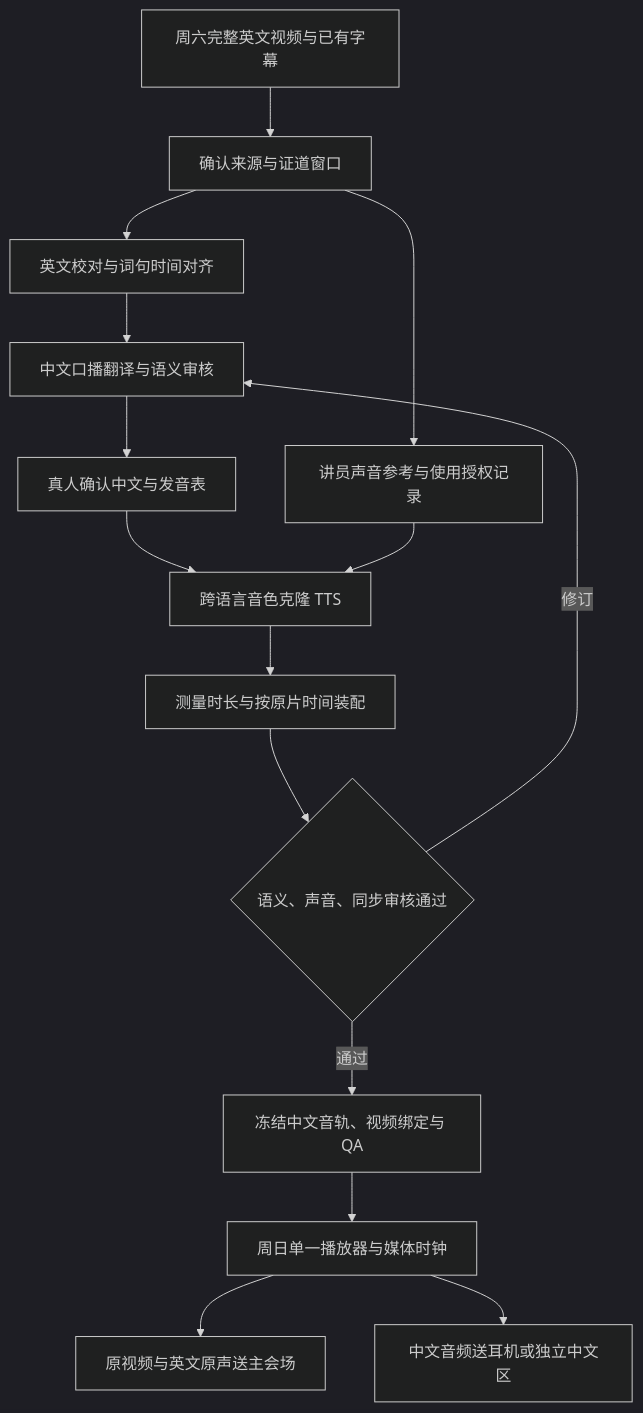
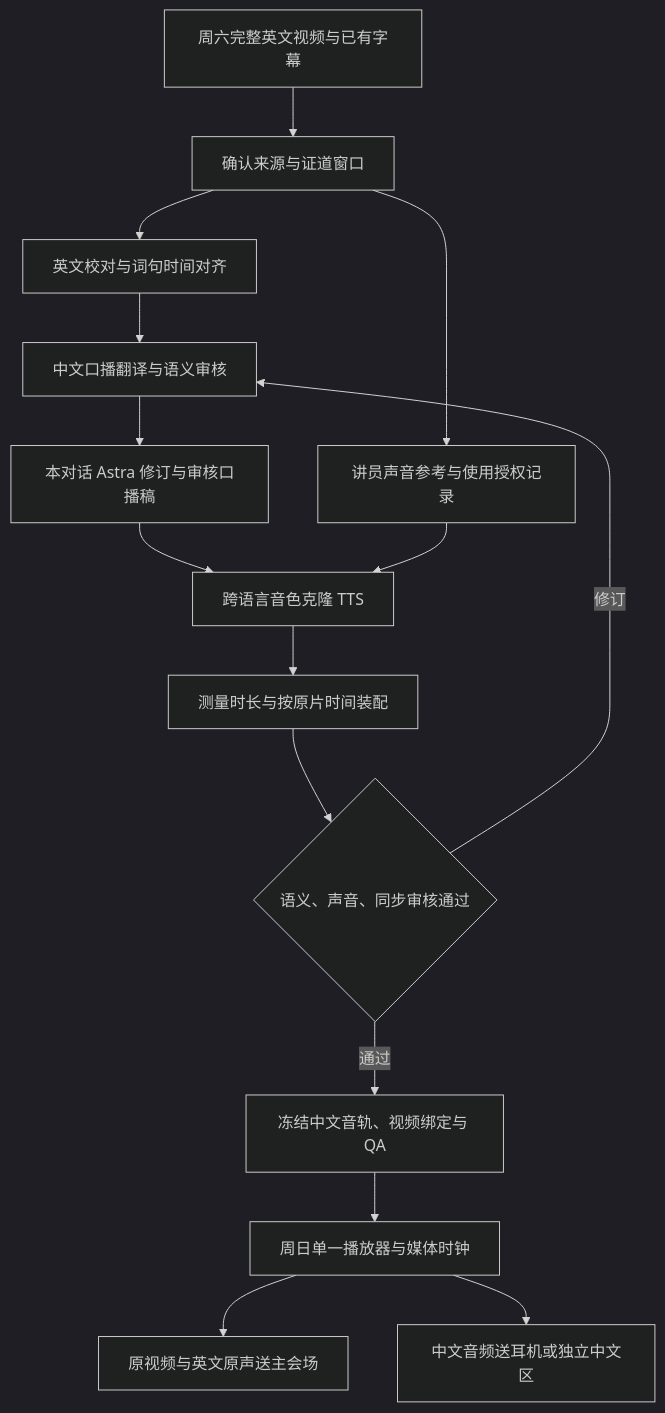
The diagram in docs/saturday-to-sunday-chinese-voice-plan.zh.md (JonathanJing/sermon-video-zh-subtitles), drawn with Mermaid (dark theme) before and after one commit. The commit also changed other lines of this file and 24 other files, not shown here.

````diff
--- a/docs/saturday-to-sunday-chinese-voice-plan.zh.md
+++ b/docs/saturday-to-sunday-chinese-voice-plan.zh.md
@@ -58,17 +58,17 @@
 ```mermaid
 flowchart TD
     A[周六完整英文视频与已有字幕] --> B[确认来源与证道窗口]
     B --> C[英文校对与词句时间对齐]
     C --> D[中文口播翻译与语义审核]
-    D --> E[真人确认中文与发音表]
+    D --> E[本对话 Astra 修订与审核口播稿]
     B --> F[讲员声音参考与使用授权记录]
     E --> G[跨语言音色克隆 TTS]
     F --> G
     G --> H[测量时长与按原片时间装配]
     H --> I{语义、声音、同步审核通过}
     I -->|修订| D
     I -->|通过| J[冻结中文音轨、视频绑定与 QA]
     J --> K[周日单一播放器与媒体时钟]
     K --> L[原视频与英文原声送主会场]
     K --> M[中文音频送耳机或独立中文区]
 ```
````
